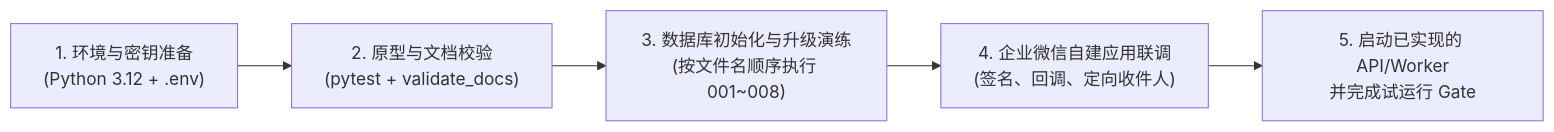
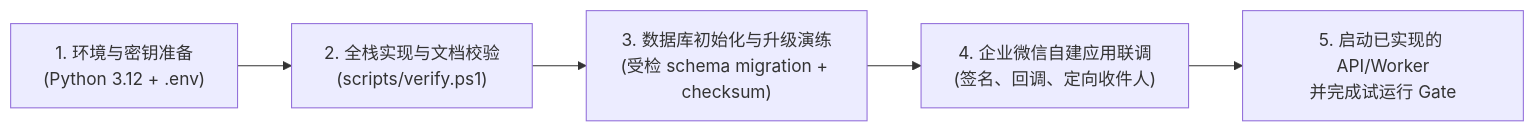
The second of 4 diagrams in docs/03.WealthSail-MVP快速构建与实战指南.md (sinojelly/wealthsail), drawn with Mermaid before and after one commit. The commit also changed other lines of this file and 128 other files, not shown here.

````diff
--- a/docs/03.WealthSail-MVP快速构建与实战指南.md
+++ b/docs/03.WealthSail-MVP快速构建与实战指南.md
@@ -43,7 +43,7 @@
 ```mermaid
 flowchart LR
-    S1["1. 环境与密钥准备<br>(Python 3.12 + .env)"] --> S2["2. 原型与文档校验<br>(pytest + validate_docs)"]
-    S2 --> S3["3. 数据库初始化与升级演练<br>(按文件名顺序执行 001~008)"]
+    S1["1. 环境与密钥准备<br>(Python 3.12 + .env)"] --> S2["2. 全栈实现与文档校验<br>(scripts/verify.ps1)"]
+    S2 --> S3["3. 数据库初始化与升级演练<br>(受检 schema migration + checksum)"]
     S3 --> S4["4. 企业微信自建应用联调<br>(签名、回调、定向收件人)"]
     S4 --> S5["5. 启动已实现的 API/Worker<br>并完成试运行 Gate"]
 ```
````
